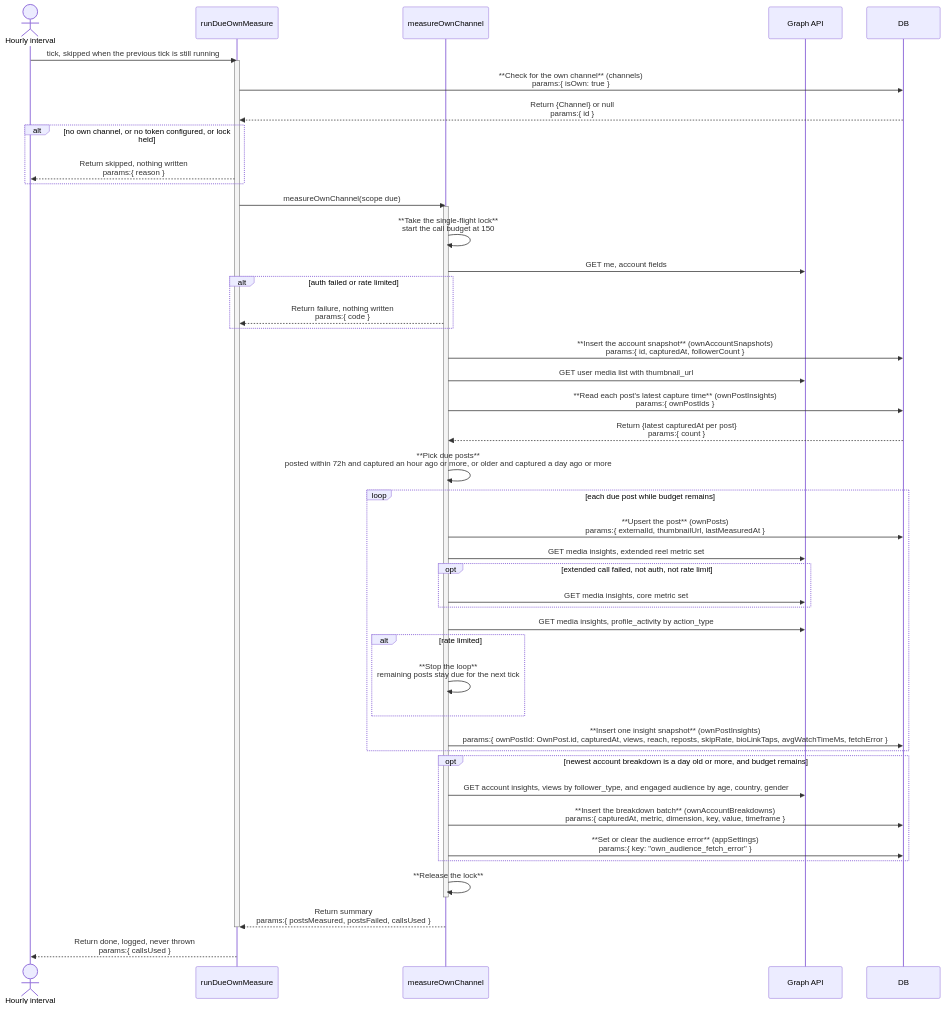
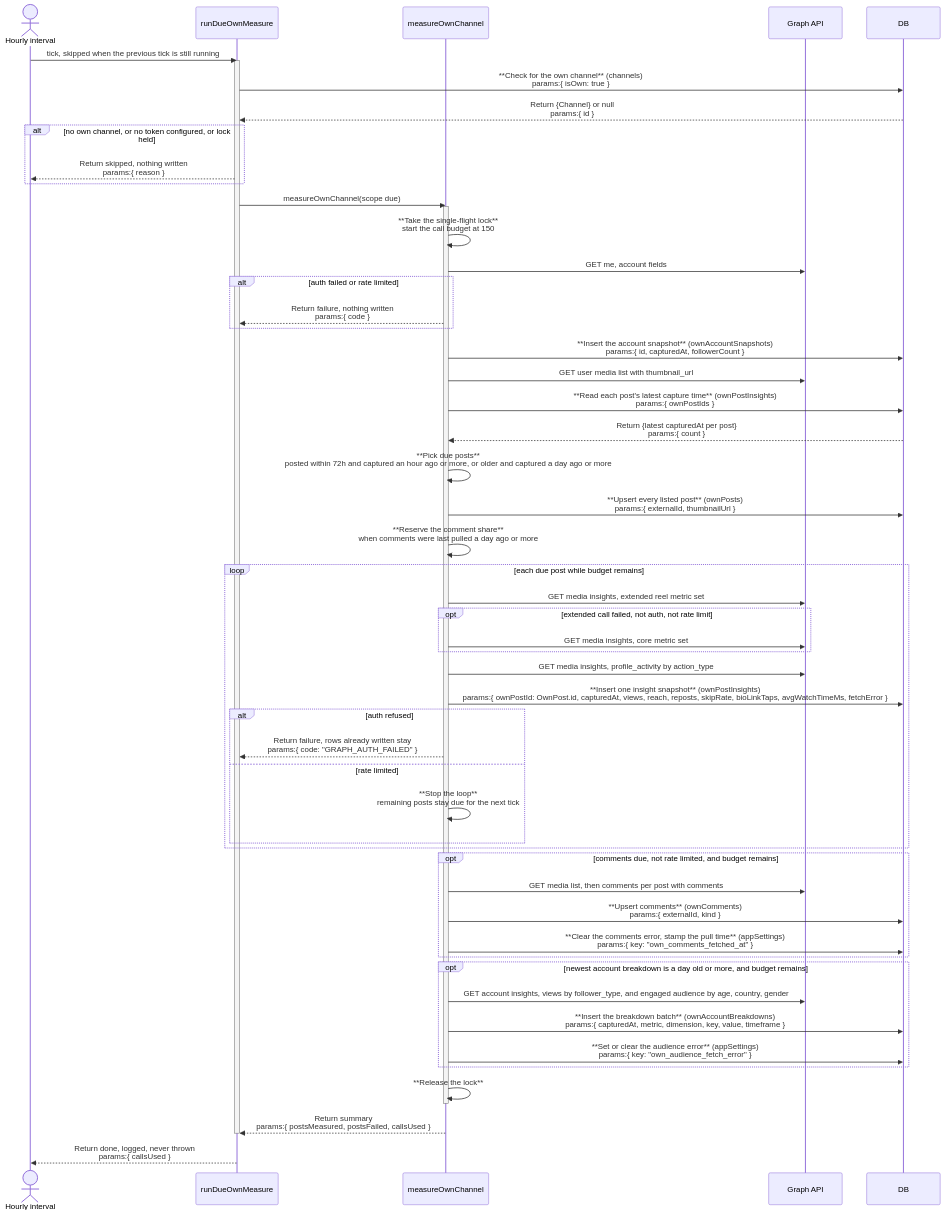
Before and after one commit to Kaiships-ai/crowsnest: the third of 4 diagrams in documents/architect/core-components/mine/02-architecture.md, drawn with Mermaid. The commit also changed other lines of this file and 3 other files, not shown here.

````diff
--- a/documents/architect/core-components/mine/02-architecture.md
+++ b/documents/architect/core-components/mine/02-architecture.md
@@ -225,50 +225,58 @@
 ```mermaid
 sequenceDiagram
     actor Timer as Hourly interval
     participant Tick as runDueOwnMeasure
     participant Svc as measureOwnChannel
     participant Graph as Graph API
     participant DB
 
     Timer->>Tick: tick, skipped when the previous tick is still running
     activate Tick
     Tick->>DB: **Check for the own channel** (channels)<br/>params:{ isOwn: true }
     DB-->>Tick: Return {Channel} or null<br/>params:{ id }
     alt no own channel, or no token configured, or lock held
         Tick-->>Timer: Return skipped, nothing written<br/>params:{ reason }
     end
     Tick->>Svc: measureOwnChannel(scope due)
     activate Svc
     Svc->>Svc: **Take the single-flight lock**<br/>start the call budget at 150
     Svc->>Graph: GET me, account fields
     alt auth failed or rate limited
         Svc-->>Tick: Return failure, nothing written<br/>params:{ code }
     end
     Svc->>DB: **Insert the account snapshot** (ownAccountSnapshots)<br/>params:{ id, capturedAt, followerCount }
     Svc->>Graph: GET user media list with thumbnail_url
     Svc->>DB: **Read each post's latest capture time** (ownPostInsights)<br/>params:{ ownPostIds }
     DB-->>Svc: Return {latest capturedAt per post}<br/>params:{ count }
     Svc->>Svc: **Pick due posts**<br/>posted within 72h and captured an hour ago or more, or older and captured a day ago or more
+    Svc->>DB: **Upsert every listed post** (ownPosts)<br/>params:{ externalId, thumbnailUrl }
+    Svc->>Svc: **Reserve the comment share**<br/>when comments were last pulled a day ago or more
     loop each due post while budget remains
-        Svc->>DB: **Upsert the post** (ownPosts)<br/>params:{ externalId, thumbnailUrl, lastMeasuredAt }
         Svc->>Graph: GET media insights, extended reel metric set
         opt extended call failed, not auth, not rate limit
             Svc->>Graph: GET media insights, core metric set
         end
         Svc->>Graph: GET media insights, profile_activity by action_type
-        alt rate limited
+        Svc->>DB: **Insert one insight snapshot** (ownPostInsights)<br/>params:{ ownPostId: OwnPost.id, capturedAt, views, reach, reposts, skipRate, bioLinkTaps, avgWatchTimeMs, fetchError }
+        alt auth refused
+            Svc-->>Tick: Return failure, rows already written stay<br/>params:{ code: "GRAPH_AUTH_FAILED" }
+        else rate limited
             Svc->>Svc: **Stop the loop**<br/>remaining posts stay due for the next tick
         end
-        Svc->>DB: **Insert one insight snapshot** (ownPostInsights)<br/>params:{ ownPostId: OwnPost.id, capturedAt, views, reach, reposts, skipRate, bioLinkTaps, avgWatchTimeMs, fetchError }
+    end
+    opt comments due, not rate limited, and budget remains
+        Svc->>Graph: GET media list, then comments per post with comments
+        Svc->>DB: **Upsert comments** (ownComments)<br/>params:{ externalId, kind }
+        Svc->>DB: **Clear the comments error, stamp the pull time** (appSettings)<br/>params:{ key: "own_comments_fetched_at" }
     end
     opt newest account breakdown is a day old or more, and budget remains
         Svc->>Graph: GET account insights, views by follower_type, and engaged audience by age, country, gender
         Svc->>DB: **Insert the breakdown batch** (ownAccountBreakdowns)<br/>params:{ capturedAt, metric, dimension, key, value, timeframe }
         Svc->>DB: **Set or clear the audience error** (appSettings)<br/>params:{ key: "own_audience_fetch_error" }
     end
     Svc->>Svc: **Release the lock**
     deactivate Svc
     Svc-->>Tick: Return summary<br/>params:{ postsMeasured, postsFailed, callsUsed }
     deactivate Tick
     Tick-->>Timer: Return done, logged, never thrown<br/>params:{ callsUsed }
 ```
````
